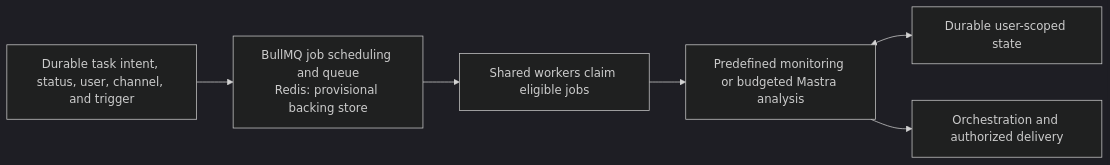
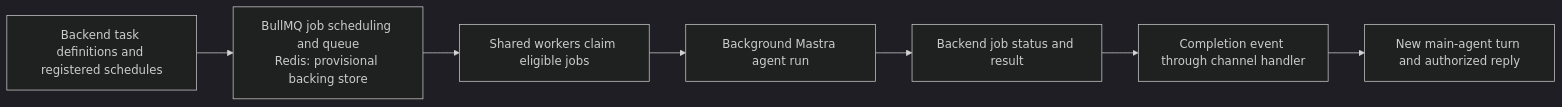
The second of 2 diagrams in docs/architecture.md (hsignals/ms-agentic-be), drawn with Mermaid (dark theme) before and after one commit. The commit also changed other lines of this file and 16 other files, not shown here.

Commit message:
Document agent turns, scheduling limits, and structured memory

````diff
--- a/docs/architecture.md
+++ b/docs/architecture.md
@@ -109,8 +125,9 @@
 ```mermaid
 flowchart LR
-    T["Durable task intent, status, user, channel, and trigger"] --> Q["BullMQ job scheduling and queue<br/>Redis: provisional backing store"]
+    T["Backend task definitions and registered schedules"] --> Q["BullMQ job scheduling and queue<br/>Redis: provisional backing store"]
     Q --> W["Shared workers claim eligible jobs"]
-    W --> R["Predefined monitoring or budgeted Mastra analysis"]
-    R <--> D["Durable user-scoped state"]
-    R --> O["Orchestration and authorized delivery"]
+    W --> R["Background Mastra agent run"]
+    R --> D["Backend job status and result"]
+    D --> O["Completion event through channel handler"]
+    O --> M["New main-agent turn and authorized reply"]
 ```
````
